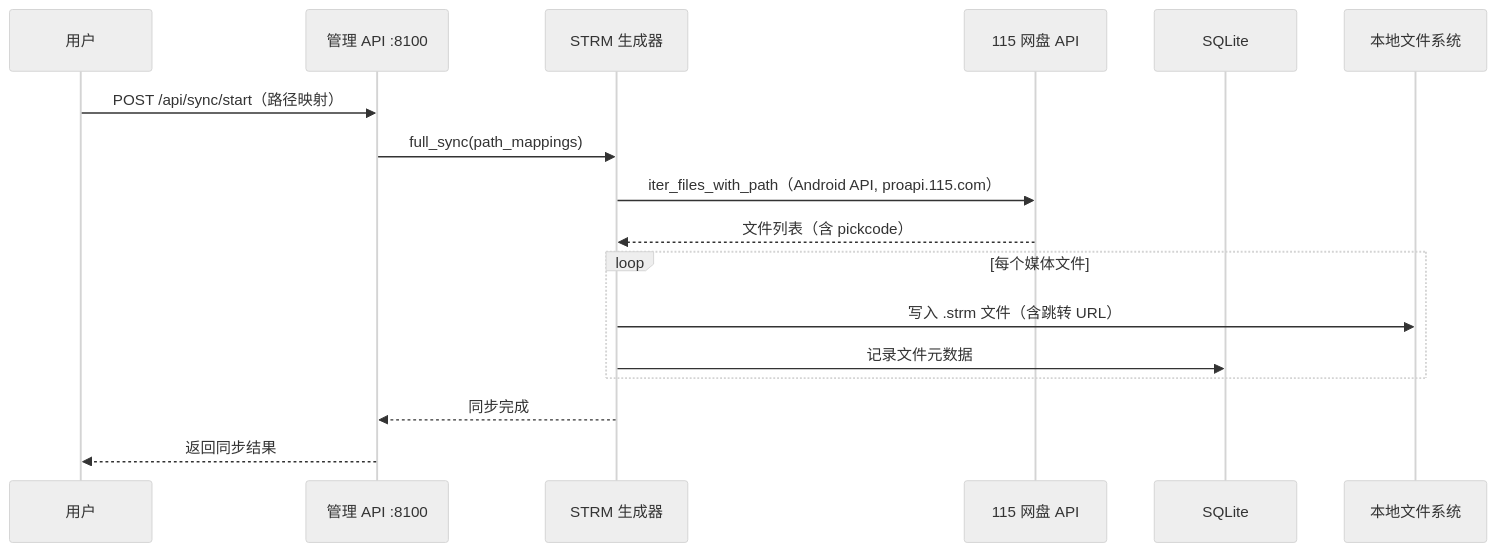
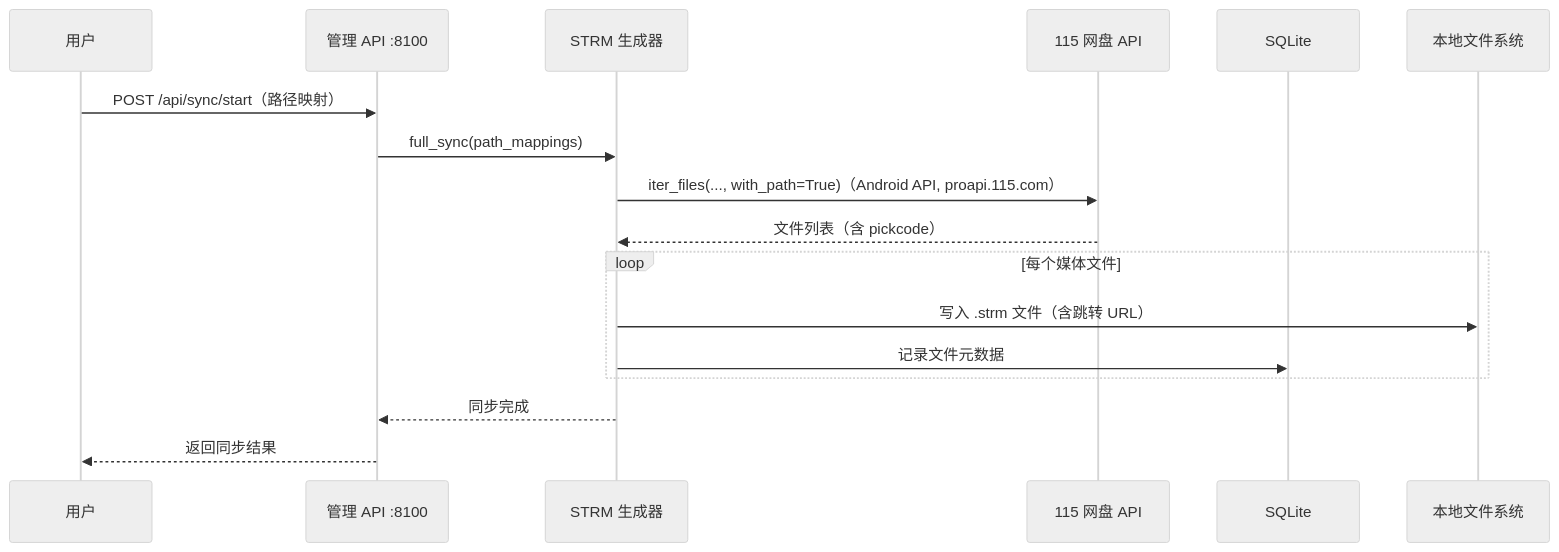
The third of 3 diagrams in .monkeycode/docs/ARCHITECTURE.md (cdlongbow/115StrmTool), drawn with Mermaid (neutral theme) before and after one commit. The commit also changed 45 other files, not shown here.

First line of the commit message:
fix: harden sync playback and backup flows

````diff
--- a/.monkeycode/docs/ARCHITECTURE.md
+++ b/.monkeycode/docs/ARCHITECTURE.md
@@ -197,20 +197,20 @@
 ```mermaid
 sequenceDiagram
     participant User as 用户
     participant Admin as 管理 API :8100
     participant StrmGen as STRM 生成器
     participant P115 as 115 网盘 API
     participant DB as SQLite
     participant FS as 本地文件系统
 
     User->>Admin: POST /api/sync/start（路径映射）
     Admin->>StrmGen: full_sync(path_mappings)
-    StrmGen->>P115: iter_files_with_path（Android API, proapi.115.com）
+    StrmGen->>P115: iter_files(..., with_path=True)（Android API, proapi.115.com）
     P115-->>StrmGen: 文件列表（含 pickcode）
     loop 每个媒体文件
         StrmGen->>FS: 写入 .strm 文件（含跳转 URL）
         StrmGen->>DB: 记录文件元数据
     end
     StrmGen-->>Admin: 同步完成
     Admin-->>User: 返回同步结果
 ```
````
